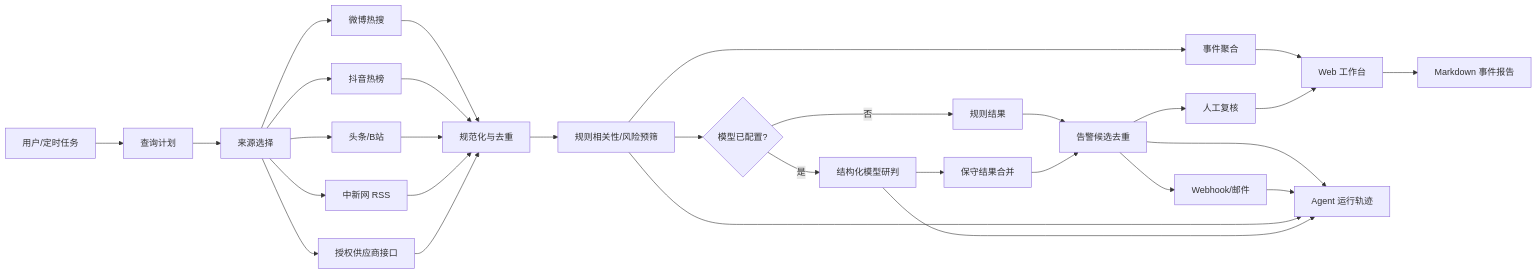
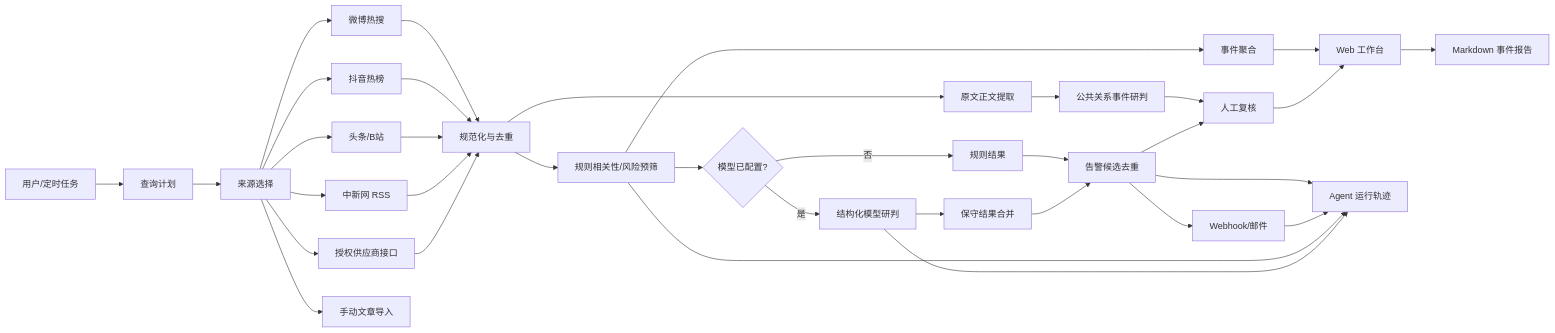
The diagram in outputs/architecture.md (tanjiayu563-cell/signalwatch), drawn with Mermaid before and after one commit. The commit also changed other lines of this file and 24 other files, not shown here.

````diff
--- a/outputs/architecture.md
+++ b/outputs/architecture.md
@@ -18,32 +19,36 @@
 ```mermaid
 flowchart LR
     U[用户/定时任务] --> P[查询计划]
     P --> S[来源选择]
     S --> C1[微博热搜]
     S --> C2[抖音热榜]
     S --> C3[头条/B站]
     S --> C4[中新网 RSS]
     S --> C5[授权供应商接口]
+    S --> C6[手动文章导入]
     C1 --> N[规范化与去重]
     C2 --> N
     C3 --> N
     C4 --> N
     C5 --> N
     N --> R[规则相关性/风险预筛]
     R --> E[事件聚合]
     R --> M{模型已配置?}
     M -->|是| L[结构化模型研判]
     M -->|否| F[规则结果]
     L --> G[保守结果合并]
+    N --> AR[原文正文提取]
+    AR --> PR[公共关系事件研判]
+    PR --> H
     F --> A[告警候选去重]
     G --> A
     A --> W[Webhook/邮件]
     A --> H[人工复核]
     E --> UI[Web 工作台]
     H --> UI
     UI --> X[Markdown 事件报告]
     A --> T[Agent 运行轨迹]
     W --> T
     R --> T
     L --> T
 ```
````
